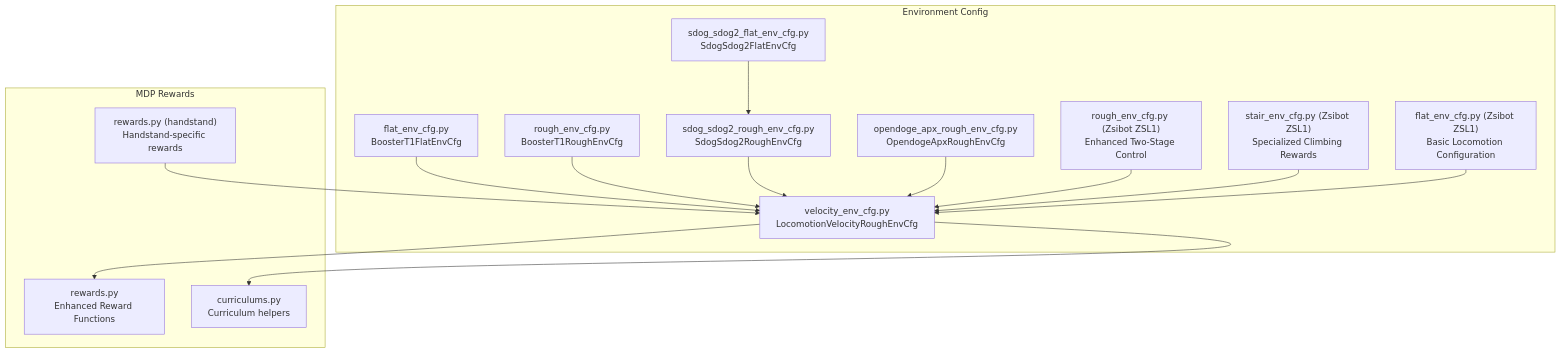
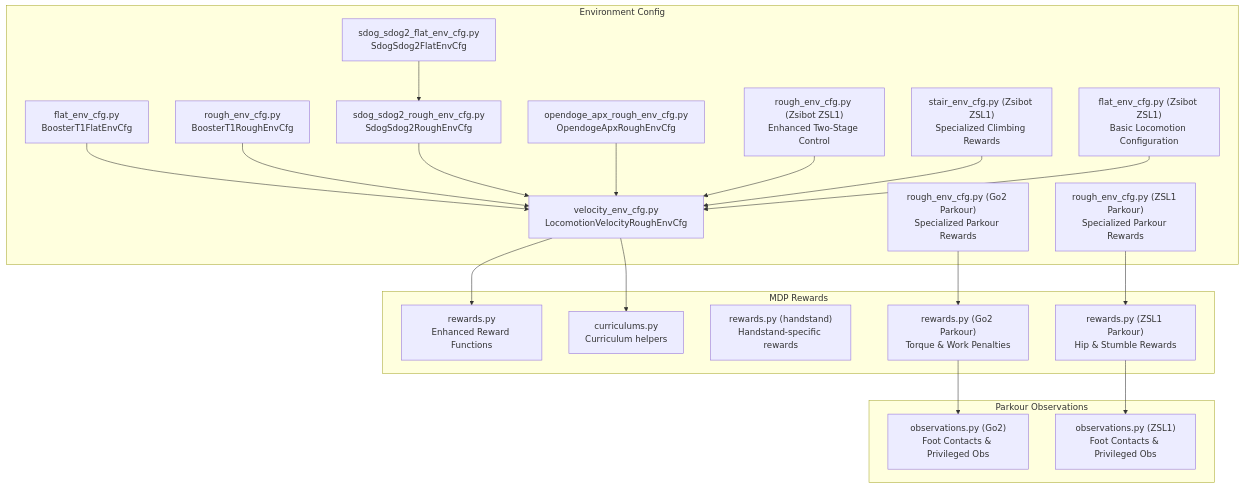
Before and after one commit to jayjayhust/robot_lab: the first of 12 diagrams in .qoder/repowiki/en/content/Task Configuration Framework/Velocity-Based Locomotion Tasks/Reward Functions and Shaping.md, drawn with Mermaid. The commit also changed other lines of this file and 17 other files, not shown here.

Commit message:
add zsl1 parkour training

````diff
--- a/.qoder/repowiki/en/content/Task Configuration Framework/Velocity-Based Locomotion Tasks/Reward Functions and Shaping.md
+++ b/.qoder/repowiki/en/content/Task Configuration Framework/Velocity-Based Locomotion Tasks/Reward Functions and Shaping.md
@@ -63,30 +76,41 @@
 ```mermaid
 graph TB
 subgraph "Environment Config"
 VCFG["velocity_env_cfg.py<br/>LocomotionVelocityRoughEnvCfg"]
 FCfg["flat_env_cfg.py<br/>BoosterT1FlatEnvCfg"]
 RCfg["rough_env_cfg.py<br/>BoosterT1RoughEnvCfg"]
 SdogCfg["sdog_sdog2_rough_env_cfg.py<br/>SdogSdog2RoughEnvCfg"]
 SdogFlat["sdog_sdog2_flat_env_cfg.py<br/>SdogSdog2FlatEnvCfg"]
 ApxCfg["opendoge_apx_rough_env_cfg.py<br/>OpendogeApxRoughEnvCfg"]
 ZSL1Rough["rough_env_cfg.py (Zsibot ZSL1)<br/>Enhanced Two-Stage Control"]
 ZSL1Stair["stair_env_cfg.py (Zsibot ZSL1)<br/>Specialized Climbing Rewards"]
 ZSL1Flat["flat_env_cfg.py (Zsibot ZSL1)<br/>Basic Locomotion Configuration"]
+G2Parkour["rough_env_cfg.py (Go2 Parkour)<br/>Specialized Parkour Rewards"]
+ZSL1Parkour["rough_env_cfg.py (ZSL1 Parkour)<br/>Specialized Parkour Rewards"]
 end
 subgraph "MDP Rewards"
 RImpl["rewards.py<br/>Enhanced Reward Functions"]
 Cur["curriculums.py<br/>Curriculum helpers"]
 HS["rewards.py (handstand)<br/>Handstand-specific rewards"]
+G2Rew["rewards.py (Go2 Parkour)<br/>Torque & Work Penalties"]
+ZSL1Rew["rewards.py (ZSL1 Parkour)<br/>Hip & Stumble Rewards"]
+end
+subgraph "Parkour Observations"
+G2Obs["observations.py (Go2)<br/>Foot Contacts & Privileged Obs"]
+ZSL1Obs["observations.py (ZSL1)<br/>Foot Contacts & Privileged Obs"]
 end
 VCFG --> RImpl
 VCFG --> Cur
 FCfg --> VCFG
 RCfg --> VCFG
 SdogCfg --> VCFG
 SdogFlat --> SdogCfg
 ApxCfg --> VCFG
 ZSL1Rough --> VCFG
 ZSL1Stair --> VCFG
 ZSL1Flat --> VCFG
-HS --> VCFG
+G2Parkour --> G2Rew
+ZSL1Parkour --> ZSL1Rew
+G2Rew --> G2Obs
+ZSL1Rew --> ZSL1Obs
 ```
````
